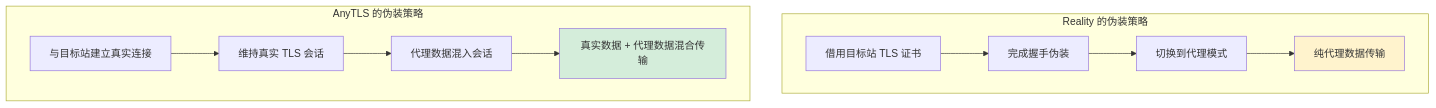
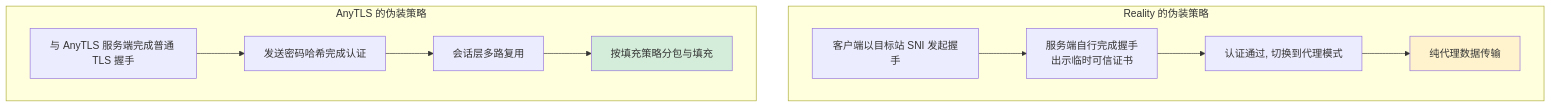
The second of 3 diagrams in source/_posts/anytls-explained.md (EdNovas/proxy_wiki), drawn with Mermaid before and after one commit. The commit also changed other lines of this file and 34 other files, not shown here.

````diff
--- a/source/_posts/anytls-explained.md
+++ b/source/_posts/anytls-explained.md
@@ -116,16 +112,16 @@
 ```mermaid
 flowchart TB
     subgraph Reality["Reality 的伪装策略"]
-        R1[借用目标站 TLS 证书] --> R2[完成握手伪装]
-        R2 --> R3[切换到代理模式]
+        R1[客户端以目标站 SNI 发起握手] --> R2[服务端自行完成握手<br/>出示临时可信证书]
+        R2 --> R3[认证通过, 切换到代理模式]
         R3 --> R4[纯代理数据传输]
         style R4 fill:#fff3cd
     end
 
     subgraph AnyTLS["AnyTLS 的伪装策略"]
-        A1[与目标站建立真实连接] --> A2[维持真实 TLS 会话]
-        A2 --> A3[代理数据混入会话]
-        A3 --> A4[真实数据 + 代理数据混合传输]
+        A1[与 AnyTLS 服务端完成普通 TLS 握手] --> A2[发送密码哈希完成认证]
+        A2 --> A3[会话层多路复用]
+        A3 --> A4[按填充策略分包与填充]
         style A4 fill:#d4edda
     end
 ```
````
